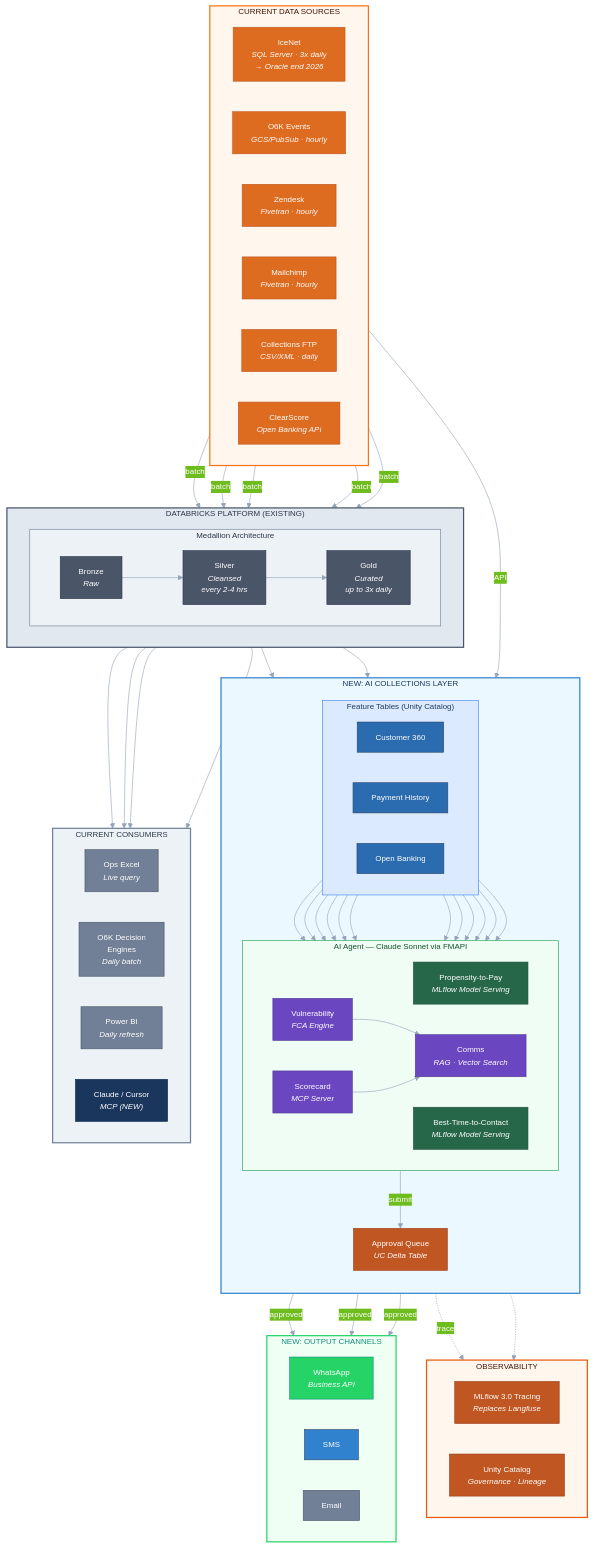
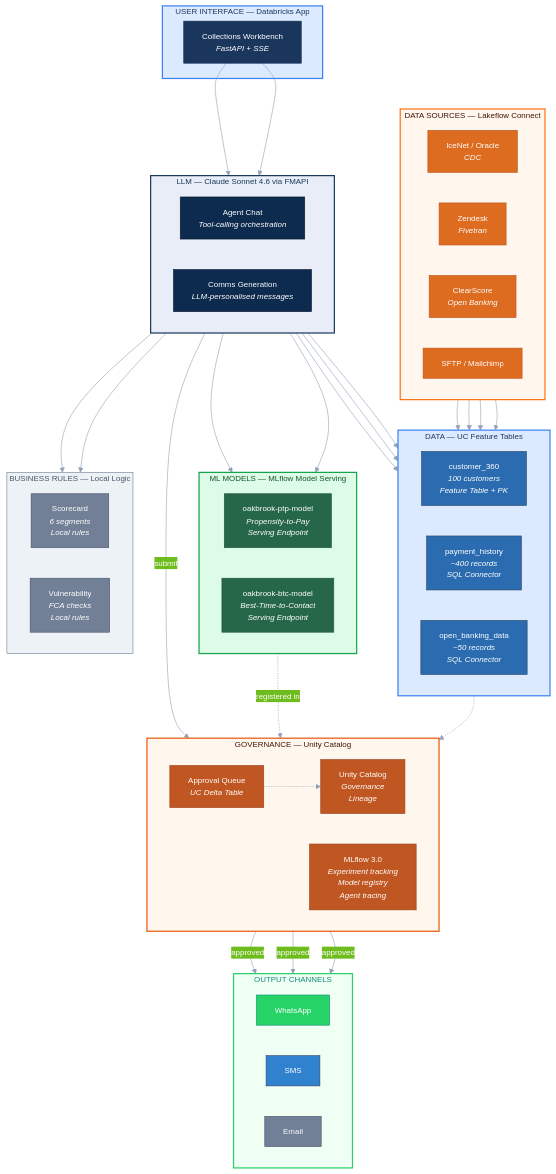
The diagram in docs/oakbrook_architecture.mmd (tingtingwan/oakbrook-collections-brain), drawn with Mermaid before and after one commit. The commit also changed 2 other files, not shown here.

Commit message:
Real LLM comms generation + honest architecture diagram
Communication generation now calls Claude Sonnet via FMAPI with:
- Customer profile as context
- Auto-selected tone (friendly/empathetic/formal/sensitive)
- FCA compliance requirements in prompt
- Falls back to templates if LLM unavailable

Architecture diagram now honestly shows:
- LLM (FMAPI): Agent Chat + Comms Generation
- ML Models (Serving Endpoints): PTP + BTC
- Data (UC Feature Tables): customer_360, payment_history, open_banking
- Business Rules (Local): Scorecard + Vulnerability
- Governance (UC): Approval Queue, MLflow 3.0, Unity Catalog

```diff
--- a/docs/oakbrook_architecture.mmd
+++ b/docs/oakbrook_architecture.mmd
@@ -1,125 +1,108 @@
 %%{init: {
   "theme": "base",
   "themeVariables": {
     "primaryColor": "#1e6fbc",
     "primaryTextColor": "#ffffff",
     "primaryBorderColor": "#1557a0",
     "lineColor": "#94a3b8",
     "background": "#ffffff",
     "mainBkg": "#f8fafc",
     "clusterBkg": "#f8fafc",
     "fontFamily": "Segoe UI, Inter, Arial, sans-serif",
     "fontSize": "13px"
   }
 }}%%
 flowchart TB
 
-    subgraph SRC["CURRENT DATA SOURCES"]
-        direction LR
-        ICE["IceNet<br/><i>SQL Server · 3x daily</i><br/><i>→ Oracle end 2026</i>"]
-        O6K["O6K Events<br/><i>GCS/PubSub · hourly</i>"]
-        ZEN["Zendesk<br/><i>Fivetran · hourly</i>"]
-        MAIL["Mailchimp<br/><i>Fivetran · hourly</i>"]
-        FTP["Collections FTP<br/><i>CSV/XML · daily</i>"]
-        CS["ClearScore<br/><i>Open Banking API</i>"]
+    subgraph L1["USER INTERFACE — Databricks App"]
+        APP["Collections Workbench<br/><i>FastAPI + SSE</i>"]
     end
 
-    subgraph DBX["DATABRICKS PLATFORM (EXISTING)"]
+    subgraph L2["LLM — Claude Sonnet 4.6 via FMAPI"]
         direction LR
-        subgraph MED["Medallion Architecture"]
-            direction LR
-            BRZ["Bronze<br/><i>Raw</i>"]
-            SLV["Silver<br/><i>Cleansed<br/>every 2-4 hrs</i>"]
-            GLD["Gold<br/><i>Curated<br/>up to 3x daily</i>"]
-        end
+        AGENT["Agent Chat<br/><i>Tool-calling orchestration</i>"]
+        COMMS["Comms Generation<br/><i>LLM-personalised messages</i>"]
     end
 
-    subgraph NEW["NEW: AI COLLECTIONS LAYER"]
-        direction TB
-        subgraph FT["Feature Tables (Unity Catalog)"]
-            direction LR
-            C360["Customer 360"]
-            PAYH["Payment History"]
-            OBD["Open Banking"]
-        end
-        subgraph AGENT["AI Agent — Claude Sonnet via FMAPI"]
-            direction LR
-            PTP["Propensity-to-Pay<br/><i>MLflow Model Serving</i>"]
-            BTC["Best-Time-to-Contact<br/><i>MLflow Model Serving</i>"]
-            SC["Scorecard<br/><i>MCP Server</i>"]
-            VUL["Vulnerability<br/><i>FCA Engine</i>"]
-            RAG["Comms<br/><i>RAG · Vector Search</i>"]
-        end
-        APQ["Approval Queue<br/><i>UC Delta Table</i>"]
+    subgraph L3["ML MODELS — MLflow Model Serving"]
+        direction LR
+        PTP["oakbrook-ptp-model<br/><i>Propensity-to-Pay<br/>Serving Endpoint</i>"]
+        BTC["oakbrook-btc-model<br/><i>Best-Time-to-Contact<br/>Serving Endpoint</i>"]
     end
 
-    subgraph OBS["OBSERVABILITY"]
+    subgraph L4["DATA — UC Feature Tables"]
         direction LR
-        MLF["MLflow 3.0 Tracing<br/><i>Replaces Langfuse</i>"]
-        UC["Unity Catalog<br/><i>Governance · Lineage</i>"]
+        C360["customer_360<br/><i>100 customers<br/>Feature Table + PK</i>"]
+        PAY["payment_history<br/><i>~400 records<br/>SQL Connector</i>"]
+        OB["open_banking_data<br/><i>~50 records<br/>SQL Connector</i>"]
     end
 
-    subgraph CON["CURRENT CONSUMERS"]
+    subgraph L5["BUSINESS RULES — Local Logic"]
         direction LR
-        EXCEL["Ops Excel<br/><i>Live query</i>"]
-        DEC["O6K Decision<br/>Engines<br/><i>Daily batch</i>"]
-        PBI["Power BI<br/><i>Daily refresh</i>"]
-        MCP["Claude / Cursor<br/><i>MCP (NEW)</i>"]
+        SC["Scorecard<br/><i>6 segments<br/>Local rules</i>"]
+        VUL["Vulnerability<br/><i>FCA checks<br/>Local rules</i>"]
     end
 
-    subgraph OUT["NEW: OUTPUT CHANNELS"]
+    subgraph L6["GOVERNANCE — Unity Catalog"]
         direction LR
-        WA["WhatsApp<br/><i>Business API</i>"]
+        APQ["Approval Queue<br/><i>UC Delta Table</i>"]
+        MLF["MLflow 3.0<br/><i>Experiment tracking<br/>Model registry<br/>Agent tracing</i>"]
+        UC["Unity Catalog<br/><i>Governance<br/>Lineage</i>"]
+    end
+
+    subgraph L7["OUTPUT CHANNELS"]
+        direction LR
+        WA["WhatsApp"]
         SMS2["SMS"]
         EMAIL["Email"]
     end
 
-    ICE & O6K & ZEN & MAIL & FTP -->|"batch"| BRZ
-    BRZ --> SLV --> GLD
-    CS -->|"API"| OBD
-    GLD --> C360 & PAYH
-    GLD --> EXCEL & DEC & PBI & MCP
-    C360 & PAYH & OBD --> PTP & BTC & SC & VUL
-    VUL & SC --> RAG
-    RAG -->|"submit"| APQ
+    subgraph L8["DATA SOURCES — Lakeflow Connect"]
+        direction LR
+        ICE["IceNet / Oracle<br/><i>CDC</i>"]
+        ZEN["Zendesk<br/><i>Fivetran</i>"]
+        CS["ClearScore<br/><i>Open Banking</i>"]
+        FTP["SFTP / Mailchimp"]
+    end
+
+    APP --> AGENT & COMMS
+    AGENT --> PTP & BTC
+    AGENT --> C360 & PAY & OB
+    AGENT --> SC & VUL
+    COMMS -->|"submit"| APQ
     APQ -->|"approved"| WA & SMS2 & EMAIL
-    AGENT -.->|"trace"| MLF
-    FT -.-> UC
+    L3 -.->|"registered in"| MLF
+    C360 -.-> UC
+    APQ -.-> UC
+    ICE & ZEN & FTP --> C360
+    CS --> OB
 
-    style ICE fill:#dd6b20,stroke:#c05621,color:#fff
-    style O6K fill:#dd6b20,stroke:#c05621,color:#fff
-    style ZEN fill:#dd6b20,stroke:#c05621,color:#fff
-    style MAIL fill:#dd6b20,stroke:#c05621,color:#fff
-    style FTP fill:#dd6b20,stroke:#c05621,color:#fff
-    style CS fill:#dd6b20,stroke:#c05621,color:#fff
-    style BRZ fill:#4a5568,stroke:#2d3748,color:#fff
-    style SLV fill:#4a5568,stroke:#2d3748,color:#fff
-    style GLD fill:#4a5568,stroke:#2d3748,color:#fff
-    style C360 fill:#2b6cb0,stroke:#2a4365,color:#fff
-    style PAYH fill:#2b6cb0,stroke:#2a4365,color:#fff
-    style OBD fill:#2b6cb0,stroke:#2a4365,color:#fff
+    style APP fill:#1a365d,stroke:#1a365d,color:#fff
+    style AGENT fill:#0d2b4e,stroke:#07192e,color:#fff
+    style COMMS fill:#0d2b4e,stroke:#07192e,color:#fff
     style PTP fill:#276749,stroke:#22543d,color:#fff
     style BTC fill:#276749,stroke:#22543d,color:#fff
-    style SC fill:#6b46c1,stroke:#553c9a,color:#fff
-    style VUL fill:#6b46c1,stroke:#553c9a,color:#fff
-    style RAG fill:#6b46c1,stroke:#553c9a,color:#fff
+    style C360 fill:#2b6cb0,stroke:#2a4365,color:#fff
+    style PAY fill:#2b6cb0,stroke:#2a4365,color:#fff
+    style OB fill:#2b6cb0,stroke:#2a4365,color:#fff
+    style SC fill:#718096,stroke:#4a5568,color:#fff
+    style VUL fill:#718096,stroke:#4a5568,color:#fff
     style APQ fill:#c05621,stroke:#9c4221,color:#fff
     style MLF fill:#c05621,stroke:#9c4221,color:#fff
     style UC fill:#c05621,stroke:#9c4221,color:#fff
-    style EXCEL fill:#718096,stroke:#4a5568,color:#fff
-    style DEC fill:#718096,stroke:#4a5568,color:#fff
-    style PBI fill:#718096,stroke:#4a5568,color:#fff
-    style MCP fill:#1a365d,stroke:#0d2b4e,color:#fff
     style WA fill:#25d366,stroke:#128c7e,color:#fff
     style SMS2 fill:#3182ce,stroke:#2a4365,color:#fff
     style EMAIL fill:#718096,stroke:#4a5568,color:#fff
+    style ICE fill:#dd6b20,stroke:#c05621,color:#fff
+    style ZEN fill:#dd6b20,stroke:#c05621,color:#fff
+    style CS fill:#dd6b20,stroke:#c05621,color:#fff
+    style FTP fill:#dd6b20,stroke:#c05621,color:#fff
 
-    style SRC fill:#fff7ed,stroke:#f97316,stroke-width:2px,color:#431407
-    style DBX fill:#e2e8f0,stroke:#4a5568,stroke-width:2px,color:#2d3748
-    style MED fill:#edf2f7,stroke:#718096,stroke-width:1px,color:#2d3748
-    style NEW fill:#ebf8ff,stroke:#3182ce,stroke-width:2px,color:#1a365d
-    style FT fill:#dbeafe,stroke:#3b82f6,stroke-width:1px,color:#1e3a5f
-    style AGENT fill:#f0fdf4,stroke:#16a34a,stroke-width:1px,color:#14532d
-    style OBS fill:#fff7ed,stroke:#ea580c,stroke-width:2px,color:#431407
-    style CON fill:#edf2f7,stroke:#718096,stroke-width:2px,color:#2d3748
-    style OUT fill:#f0fff4,stroke:#25d366,stroke-width:2px,color:#128c7e
+    style L1 fill:#dbeafe,stroke:#3b82f6,stroke-width:2px,color:#1e3a5f
+    style L2 fill:#e8edf7,stroke:#1a3a5c,stroke-width:2px,color:#1a3a5c
+    style L3 fill:#dcfce7,stroke:#16a34a,stroke-width:2px,color:#14532d
+    style L4 fill:#dbeafe,stroke:#3b82f6,stroke-width:2px,color:#1e3a5f
+    style L5 fill:#edf2f7,stroke:#718096,stroke-width:1px,color:#4a5568
+    style L6 fill:#fff7ed,stroke:#ea580c,stroke-width:2px,color:#431407
+    style L7 fill:#f0fff4,stroke:#25d366,stroke-width:2px,color:#128c7e
+    style L8 fill:#fff7ed,stroke:#f97316,stroke-width:2px,color:#431407
```
